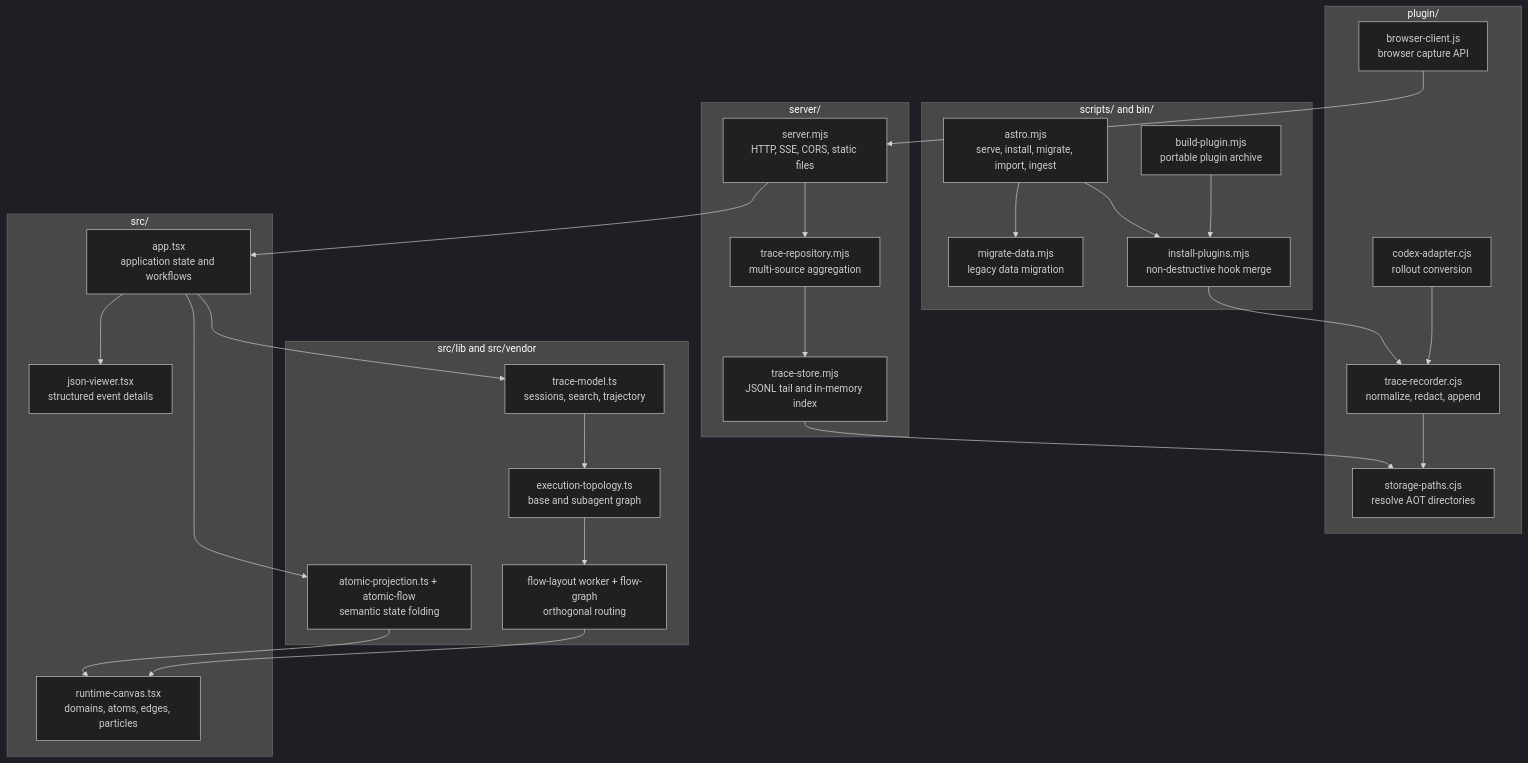
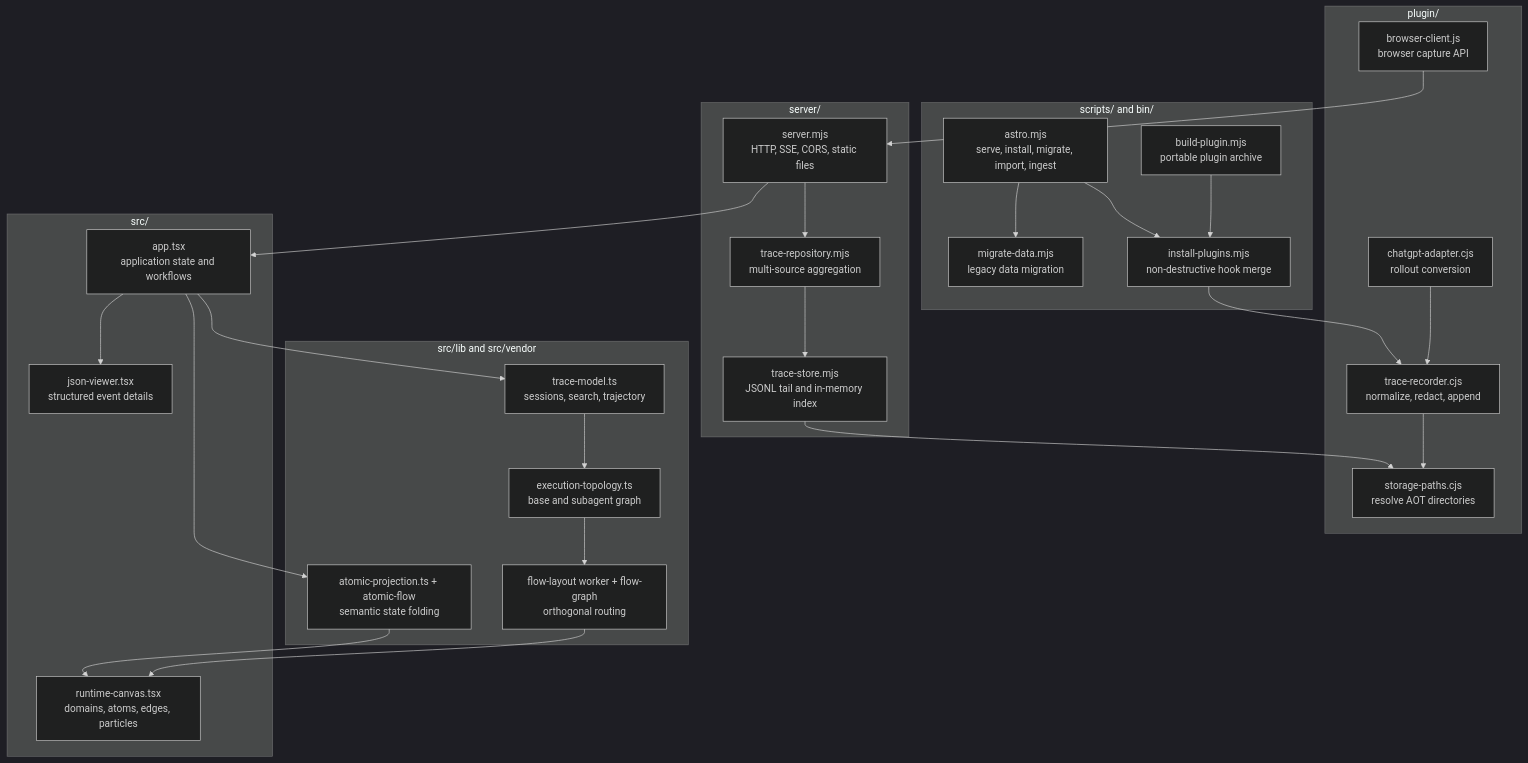
Before and after one commit to chaos-design/astro: the second of 5 diagrams in README.md, drawn with Mermaid (dark theme). The commit also changed other lines of this file and 104 other files, not shown here.

````diff
--- a/README.md
+++ b/README.md
@@ -626,52 +626,52 @@
 ```mermaid
 flowchart TB
   subgraph Plugin["plugin/"]
     TR["trace-recorder.cjs<br/>normalize, redact, append"]
     SP["storage-paths.cjs<br/>resolve AOT directories"]
-    CA["codex-adapter.cjs<br/>rollout conversion"]
+    CA["chatgpt-adapter.cjs<br/>rollout conversion"]
     BC["browser-client.js<br/>browser capture API"]
   end
 
   subgraph Scripts["scripts/ and bin/"]
     CLI["astro.mjs<br/>serve, install, migrate, import, ingest"]
     Install["install-plugins.mjs<br/>non-destructive hook merge"]
     Migrate["migrate-data.mjs<br/>legacy data migration"]
     Pack["build-plugin.mjs<br/>portable plugin archive"]
   end
 
   subgraph Server["server/"]
     HTTP["server.mjs<br/>HTTP, SSE, CORS, static files"]
     Repo["trace-repository.mjs<br/>multi-source aggregation"]
     Store["trace-store.mjs<br/>JSONL tail and in-memory index"]
   end
 
   subgraph Domain["src/lib and src/vendor"]
     Model["trace-model.ts<br/>sessions, search, trajectory"]
     Topology["execution-topology.ts<br/>base and subagent graph"]
     Atomic["atomic-projection.ts + atomic-flow<br/>semantic state folding"]
     Router["flow-layout worker + flow-graph<br/>orthogonal routing"]
   end
 
   subgraph Presentation["src/"]
     App["app.tsx<br/>application state and workflows"]
     Canvas["runtime-canvas.tsx<br/>domains, atoms, edges, particles"]
     Inspector["json-viewer.tsx<br/>structured event details"]
   end
 
   CLI --> Install
   CLI --> Migrate
   Install --> TR
   CA --> TR
   BC --> HTTP
   TR --> SP
   HTTP --> Repo --> Store
   Store --> SP
   HTTP --> App
   App --> Model
   Model --> Topology
   App --> Atomic
   Topology --> Router --> Canvas
   Atomic --> Canvas
   App --> Inspector
   Pack --> Install
 ```
````
